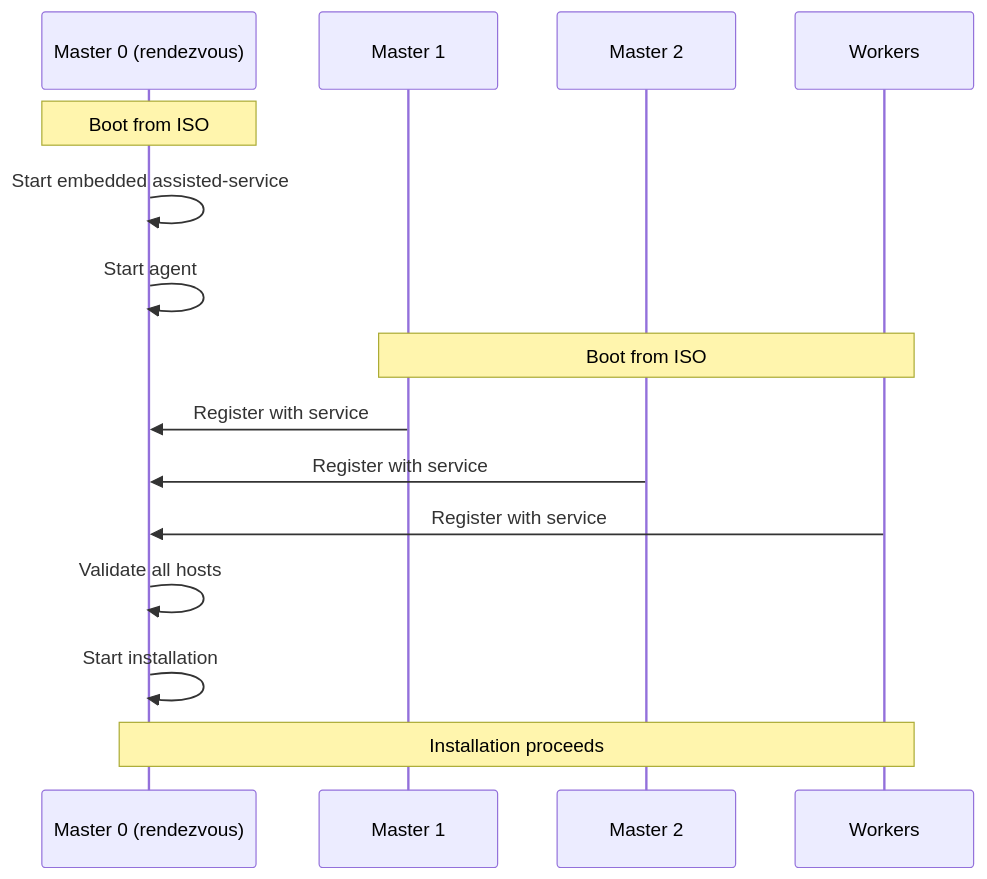
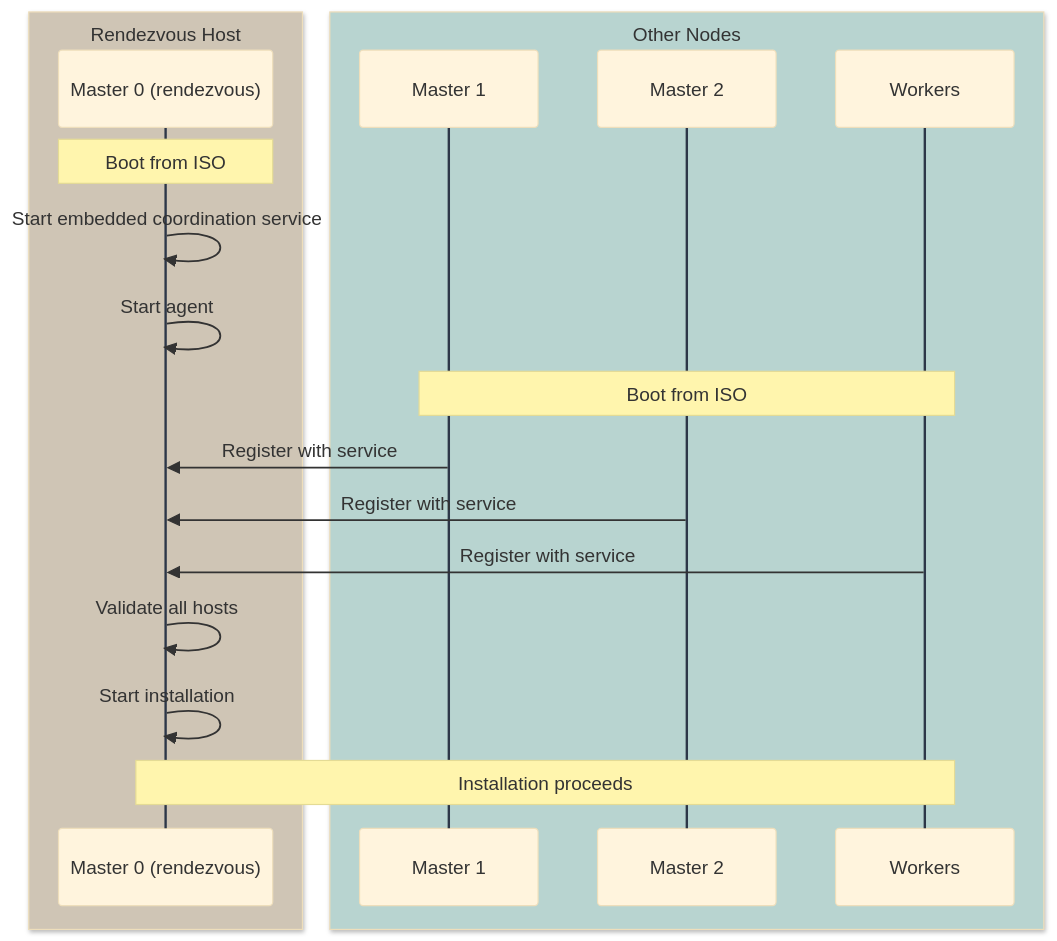
The second of 4 diagrams in 03-assisted-installation/abi.md (zszabo-rh/openshift-install-guide), drawn with Mermaid before and after one commit. The commit also changed other lines of this file and 16 other files, not shown here.

Commit message:
improved diagram style

````diff
--- a/03-assisted-installation/abi.md
+++ b/03-assisted-installation/abi.md
@@ -173,21 +191,27 @@
 ```mermaid
+%%{init: {'theme': 'base', 'themeVariables': { 'lineColor': '#2d3748', 'actorLineColor': '#2d3748' }}}%%
 sequenceDiagram
-    participant M0 as Master 0 (rendezvous)
-    participant M1 as Master 1
-    participant M2 as Master 2
-    participant W as Workers
+    box rgb(207,197,181) Rendezvous Host
+        participant M0 as Master 0 (rendezvous)
+    end
+    
+    box rgb(184,212,208) Other Nodes
+        participant M1 as Master 1
+        participant M2 as Master 2
+        participant W as Workers
+    end
     
     Note over M0: Boot from ISO
-    M0->>M0: Start embedded assisted-service
+    M0->>M0: Start embedded coordination service
     M0->>M0: Start agent
     
     Note over M1,W: Boot from ISO
     M1->>M0: Register with service
     M2->>M0: Register with service
     W->>M0: Register with service
     
     M0->>M0: Validate all hosts
     M0->>M0: Start installation
     
     Note over M0,W: Installation proceeds
 ```
````
